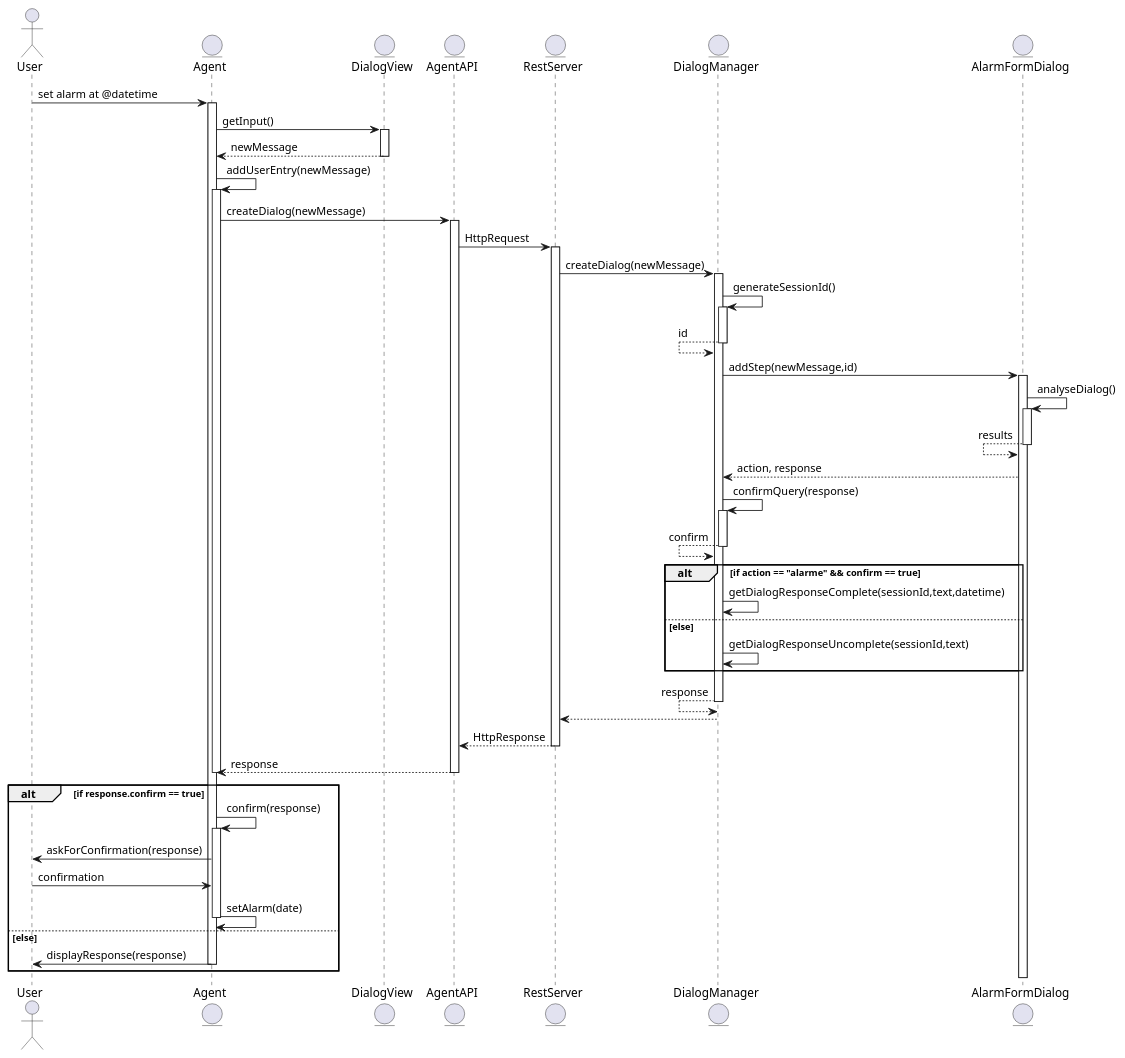
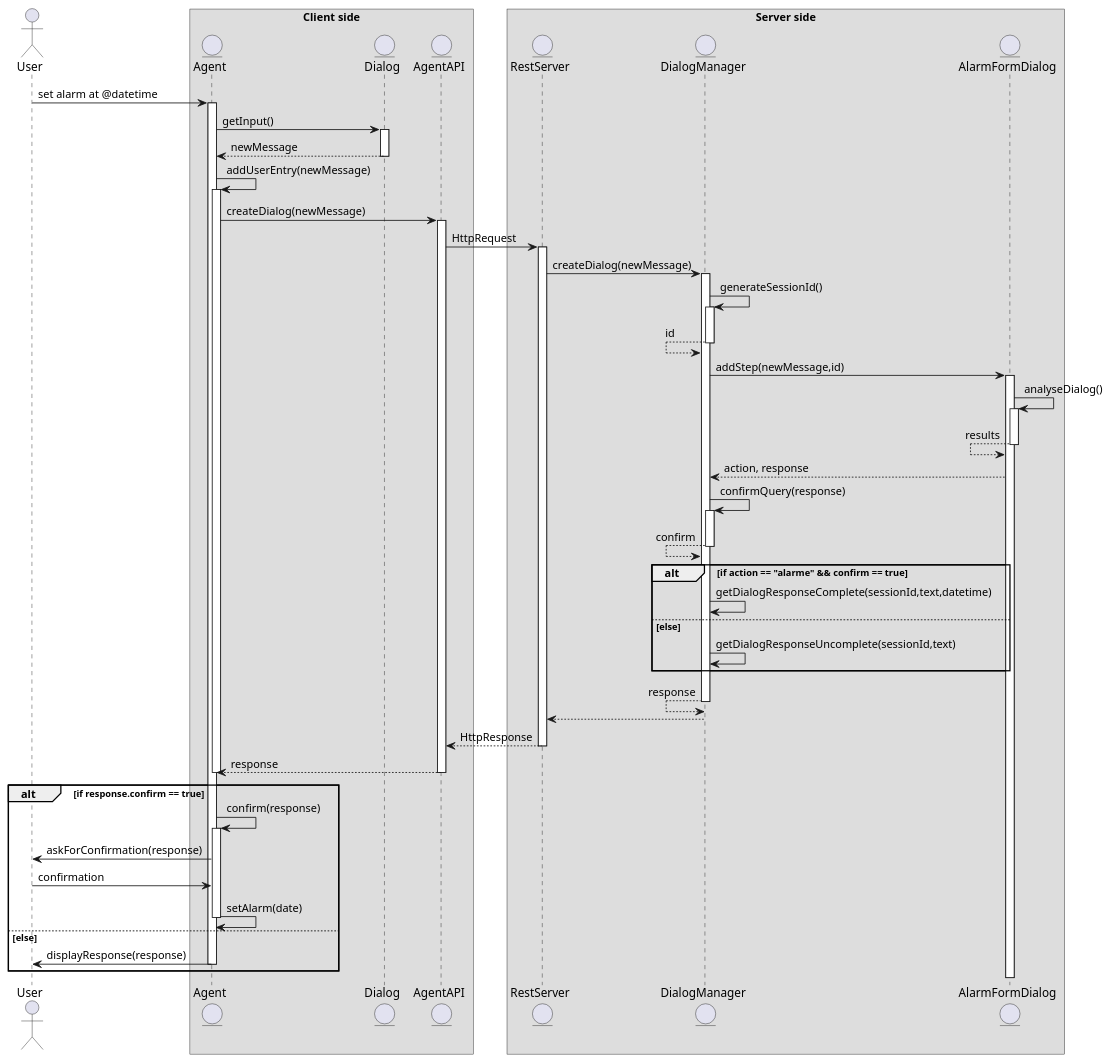
One commit to alexandre-lelain/ihme-agent-assistant changed the diagram in docs/conception/source/sequenceDiagram.puml. Above: the diagram before and after it, drawn with PlantUML. The commit also changed 7 other files, not shown here.

Commit message:
Passage sur diagrammes UML

```diff
--- a/docs/conception/source/sequenceDiagram.puml
+++ b/docs/conception/source/sequenceDiagram.puml
@@ -1,65 +1,69 @@
 @startuml
 actor User
+box "Client side"
 entity Agent as Assistant
-entity DialogView as Dialog
+entity Dialog as Dialog
 entity AgentAPI
+end box
+box "Server side"
 entity RestServer as server
 entity DialogManager as dm
 entity AlarmFormDialog as NLU
+end box
 
 User -> Assistant : set alarm at @datetime
 activate Assistant
 Assistant -> Dialog : getInput()
 activate Dialog
 Assistant <-- Dialog : newMessage
 deactivate Dialog
 Assistant -> Assistant: addUserEntry(newMessage)
 activate Assistant
 Assistant -> AgentAPI : createDialog(newMessage)
 activate AgentAPI
 AgentAPI -> server : HttpRequest
 activate server
 server -> dm : createDialog(newMessage)
 activate dm
 dm -> dm : generateSessionId()
 activate dm
 dm <-- dm : id
 deactivate dm
 dm -> NLU : addStep(newMessage,id)
 activate NLU
 NLU -> NLU : analyseDialog()
 activate NLU
 NLU <-- NLU : results
 deactivate NLU
 dm <-- NLU : action, response
 dm -> dm : confirmQuery(response)
 activate dm
 dm <-- dm : confirm
 deactivate dm
 alt if action == "alarme" && confirm == true
 dm -> dm : getDialogResponseComplete(sessionId,text,datetime)
 else else
 dm -> dm : getDialogResponseUncomplete(sessionId,text)
 end
 activate dm
 dm <-- dm : response
 deactivate dm
 server <-- dm
 deactivate dm
 AgentAPI <-- server : HttpResponse
 deactivate server
 Assistant <-- AgentAPI : response
 deactivate AgentAPI
 deactivate Assistant
 alt if response.confirm == true
 Assistant -> Assistant : confirm(response)
 activate Assistant
 Assistant -> User : askForConfirmation(response)
 User -> Assistant : confirmation
 Assistant -> Assistant : setAlarm(date)
 deactivate Assistant
 else else
 Assistant -> User : displayResponse(response)
 deactivate Assistant
 end
 @enduml
```
